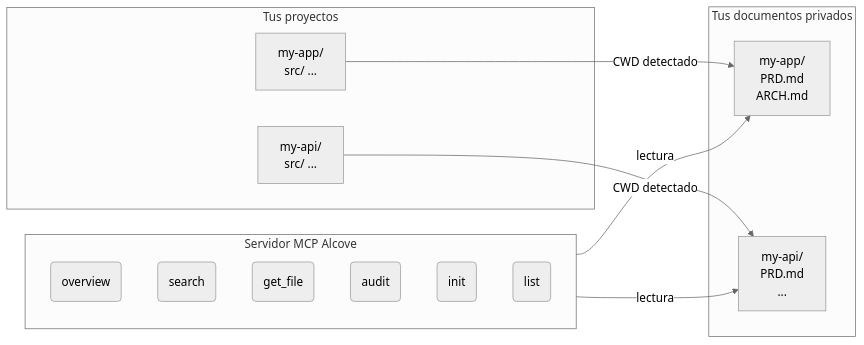
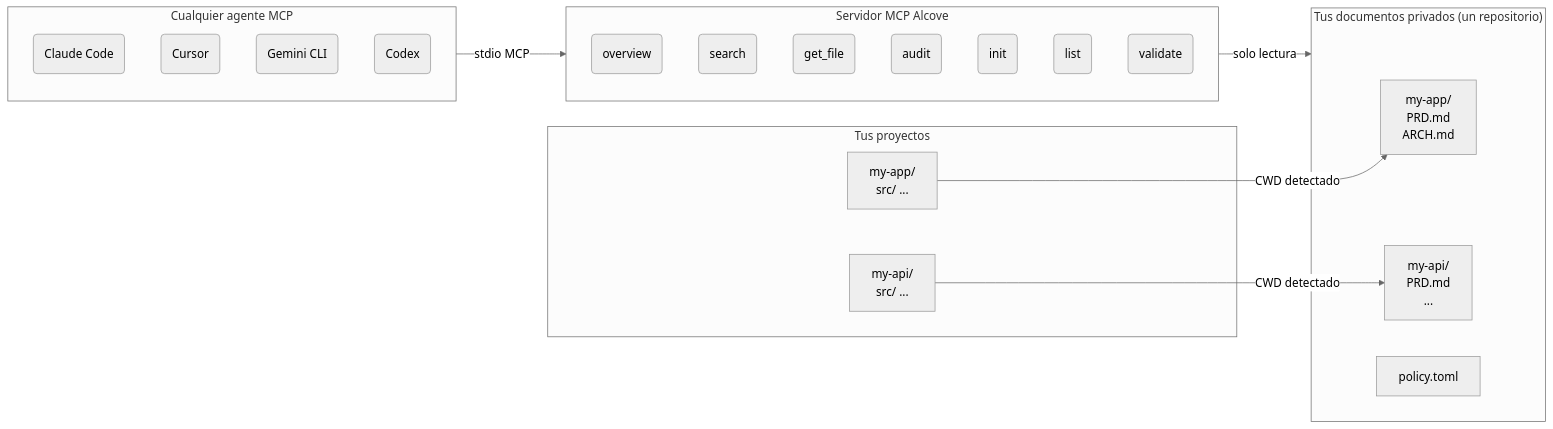
Before and after one commit to redxzeta/Icecove: the diagram in docs/README.es.md, drawn with Mermaid (neutral theme). The commit also changed other lines of this file and 9 other files, not shown here.

````diff
--- a/docs/README.es.md
+++ b/docs/README.es.md
@@ -77,26 +106,35 @@
 ```mermaid
 flowchart LR
     subgraph Projects["Tus proyectos"]
         A1["my-app/\n  src/ ..."]
         A2["my-api/\n  src/ ..."]
     end
 
-    subgraph Docs["Tus documentos privados"]
+    subgraph Docs["Tus documentos privados (un repositorio)"]
         D1["my-app/\n  PRD.md\n  ARCH.md"]
         D2["my-api/\n  PRD.md\n  ..."]
+        P1["policy.toml"]
+    end
+
+    subgraph Agents["Cualquier agente MCP"]
+        AG1(Claude Code)
+        AG2(Cursor)
+        AG3(Gemini CLI)
+        AG4(Codex)
     end
 
     subgraph MCP["Servidor MCP Alcove"]
         T1(overview)
         T2(search)
         T3(get_file)
         T4(audit)
         T5(init)
         T6(list)
+        T7(validate)
     end
 
     A1 -- "CWD detectado" --> D1
     A2 -- "CWD detectado" --> D2
-    MCP -- "lectura" --> D1
-    MCP -- "lectura" --> D2
+    Agents -- "stdio MCP" --> MCP
+    MCP -- "solo lectura" --> Docs
 ```
````
